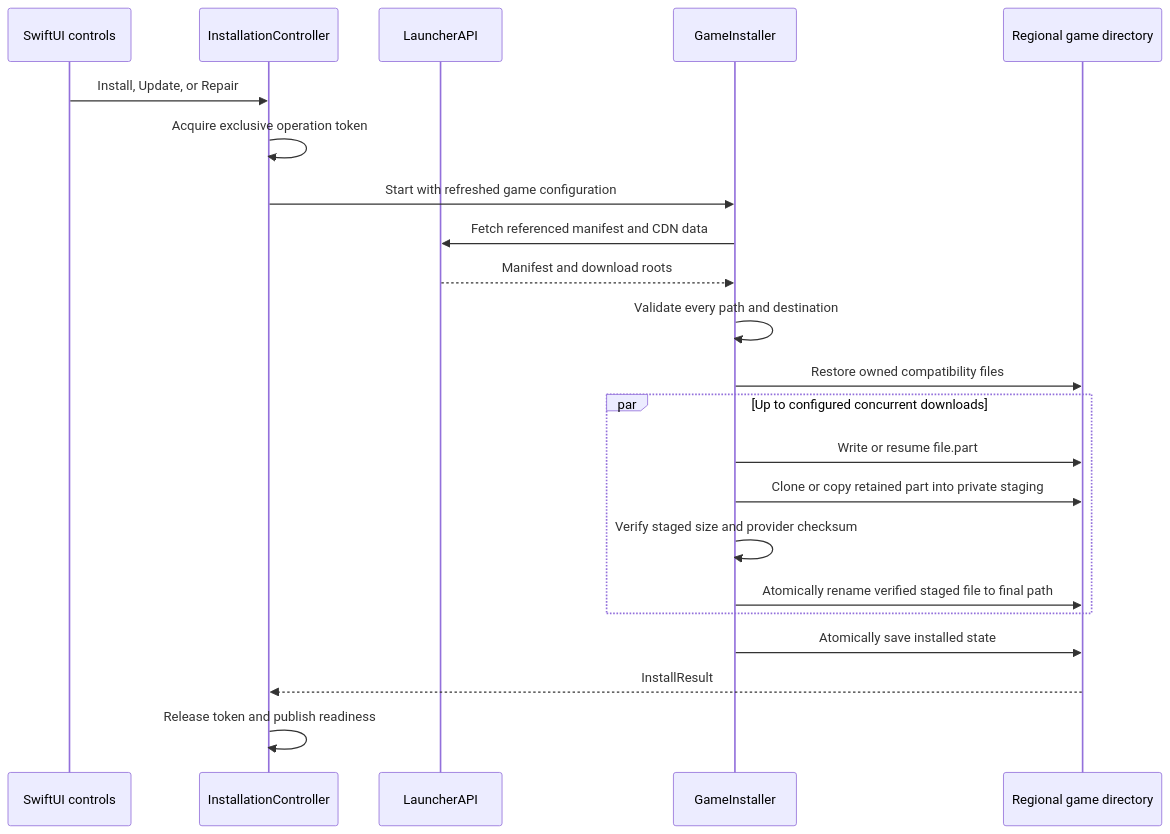
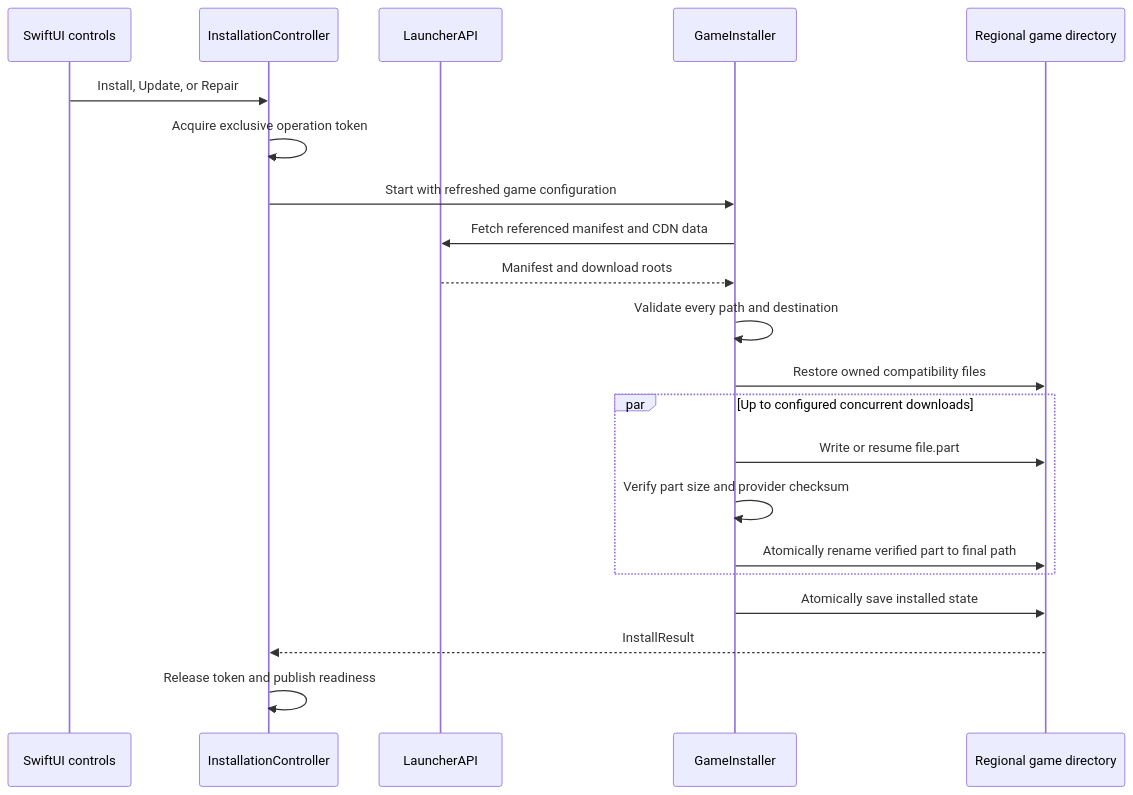
One commit to LuMiSxh/Arknights-MacOS-Client changed the second of 3 diagrams in docs/development/architecture/installation.md. Above: the diagram before and after it, drawn with Mermaid. The commit also changed other lines of this file and 18 other files, not shown here.

Commit message:
refactor: use path-based file I/O in the installer

````diff
--- a/docs/development/architecture/installation.md
+++ b/docs/development/architecture/installation.md
@@ -66,25 +66,24 @@
 ```mermaid
 sequenceDiagram
 	participant UI as SwiftUI controls
 	participant Controller as InstallationController
 	participant API as LauncherAPI
 	participant Installer as GameInstaller
 	participant Disk as Regional game directory
 
 	UI->>Controller: Install, Update, or Repair
 	Controller->>Controller: Acquire exclusive operation token
 	Controller->>Installer: Start with refreshed game configuration
 	Installer->>API: Fetch referenced manifest and CDN data
 	API-->>Installer: Manifest and download roots
 	Installer->>Installer: Validate every path and destination
 	Installer->>Disk: Restore owned compatibility files
 	par Up to configured concurrent downloads
 		Installer->>Disk: Write or resume file.part
-		Installer->>Disk: Clone or copy retained part into private staging
-		Installer->>Installer: Verify staged size and provider checksum
-		Installer->>Disk: Atomically rename verified staged file to final path
+		Installer->>Installer: Verify part size and provider checksum
+		Installer->>Disk: Atomically rename verified part to final path
 	end
 	Installer->>Disk: Atomically save installed state
 	Disk-->>Controller: InstallResult
 	Controller->>Controller: Release token and publish readiness
 ```
````
